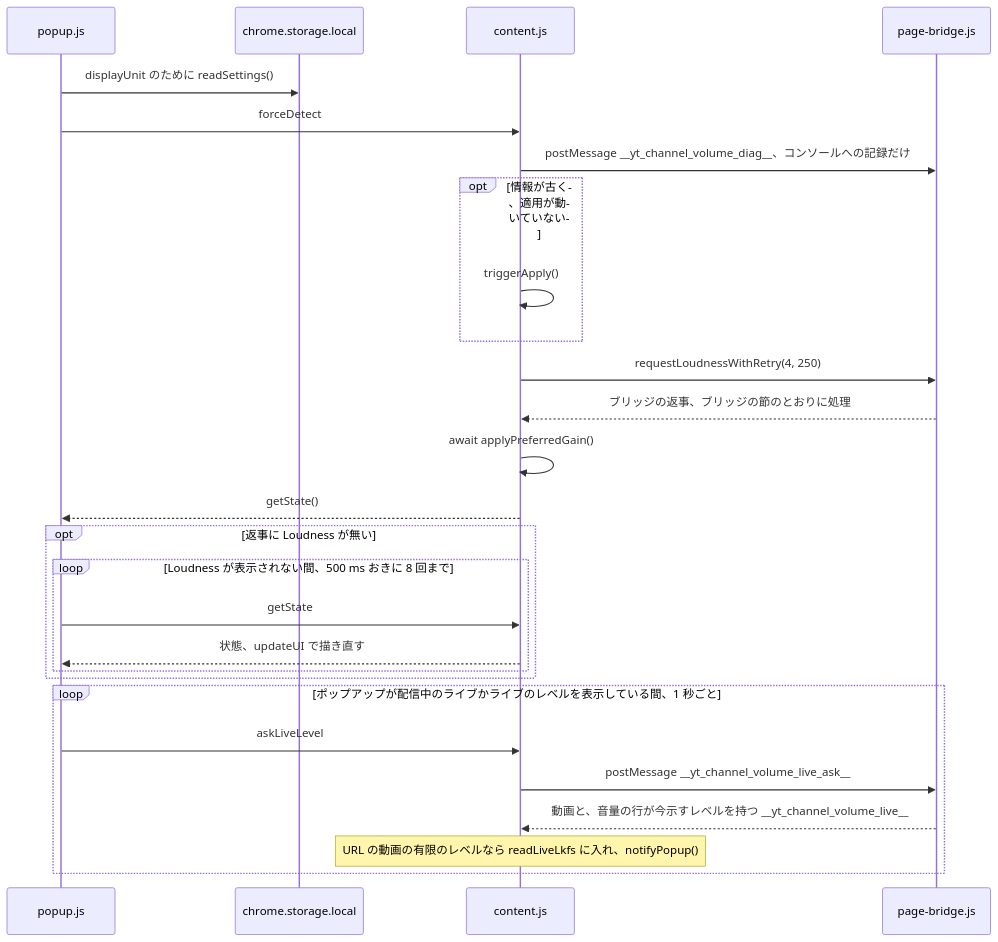
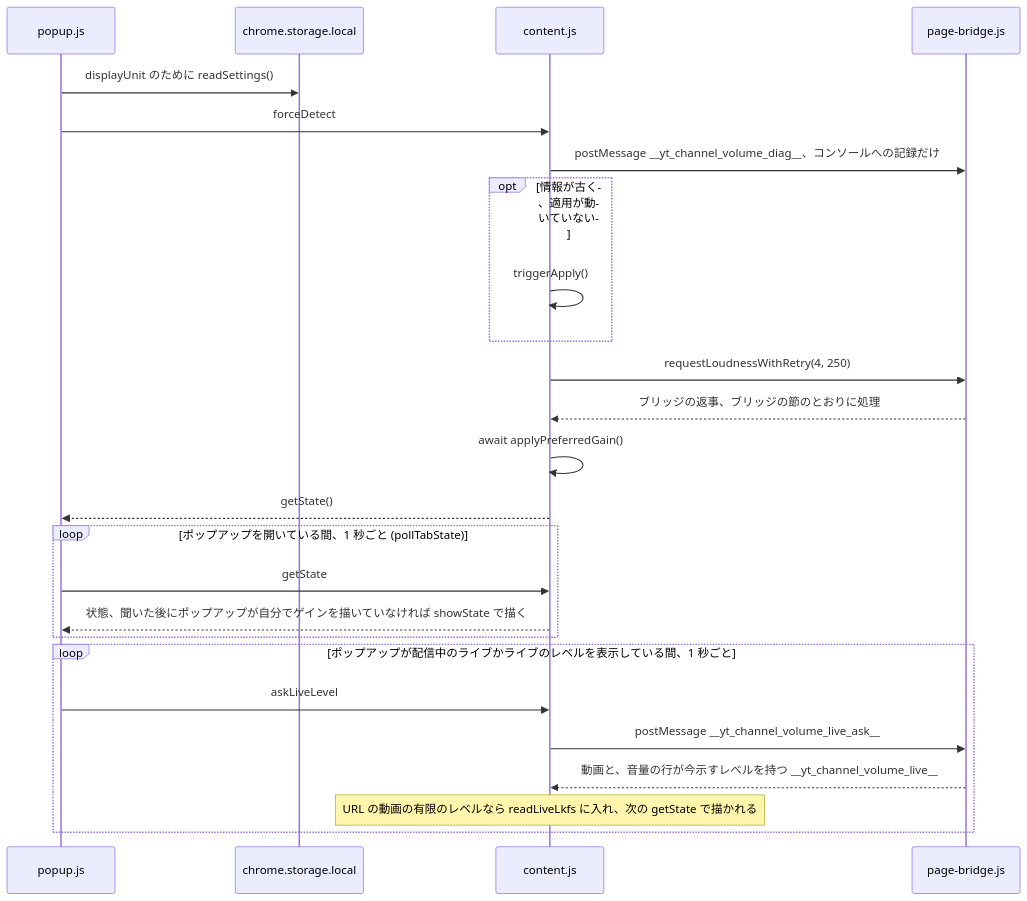
Before and after one commit to semnil/yt-channel-volume: the seventh of 14 diagrams in docs/gain-change-and-save.ja.md, drawn with Mermaid. The commit also changed other lines of this file and 9 other files, not shown here.

````diff
--- a/docs/gain-change-and-save.ja.md
+++ b/docs/gain-change-and-save.ja.md
@@ -366,29 +366,27 @@
 ```mermaid
 sequenceDiagram
   participant P as popup.js
   participant S as chrome.storage.local
   participant C as content.js
   participant B as page-bridge.js
   P->>S: displayUnit のために readSettings()
   P->>C: forceDetect
   C->>B: postMessage __yt_channel_volume_diag__、コンソールへの記録だけ
   opt 情報が古く、適用が動いていない
     C->>C: triggerApply()
   end
   C->>B: requestLoudnessWithRetry(4, 250)
   B-->>C: ブリッジの返事、ブリッジの節のとおりに処理
   C->>C: await applyPreferredGain()
   C-->>P: getState()
-  opt 返事に Loudness が無い
-    loop Loudness が表示されない間、500 ms おきに 8 回まで
-      P->>C: getState
-      C-->>P: 状態、updateUI で描き直す
-    end
+  loop ポップアップを開いている間、1 秒ごと (pollTabState)
+    P->>C: getState
+    C-->>P: 状態、聞いた後にポップアップが自分でゲインを描いていなければ showState で描く
   end
   loop ポップアップが配信中のライブかライブのレベルを表示している間、1 秒ごと
     P->>C: askLiveLevel
     C->>B: postMessage __yt_channel_volume_live_ask__
     B-->>C: 動画と、音量の行が今示すレベルを持つ __yt_channel_volume_live__
-    Note over C: URL の動画の有限のレベルなら readLiveLkfs に入れ、notifyPopup()
+    Note over C: URL の動画の有限のレベルなら readLiveLkfs に入れ、次の getState で描かれる
   end
 ```
````
